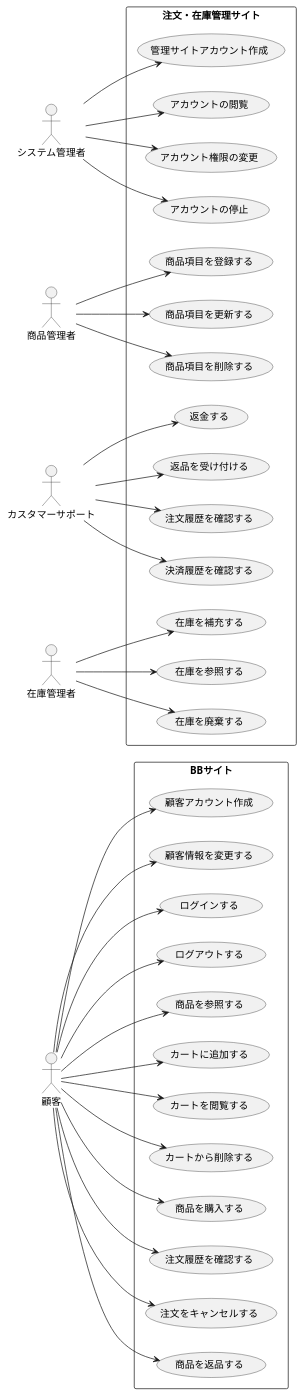
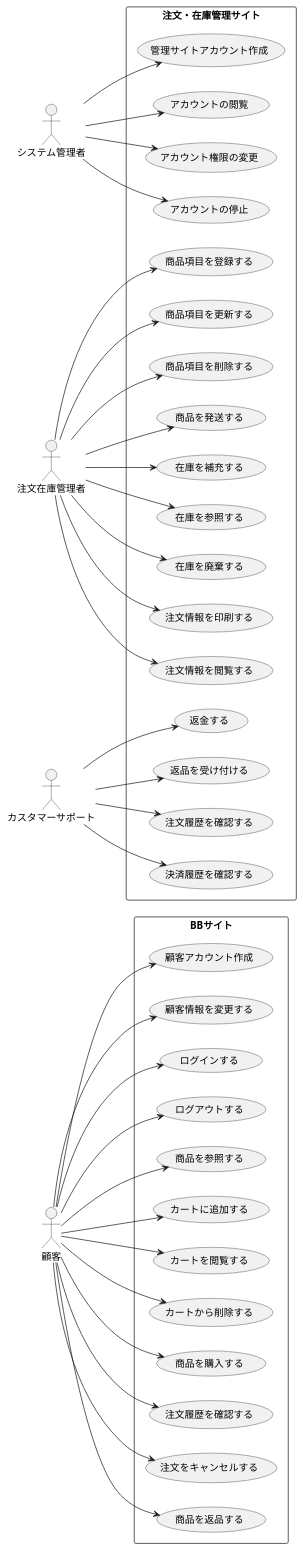
Before and after one commit to FujikawaHirono0520/group3_1_dogdog: the diagram in BB/usecase.pu, drawn with PlantUML.

Commit message:
【変更】注文在庫管理者の統合、注文情報項目の追加

```diff
--- a/BB/usecase.pu
+++ b/BB/usecase.pu
@@ -1,75 +1,79 @@
 @startuml BB注文管理システムユースケース図
 left to right direction
 actor 顧客 as U
 
 actor システム管理者 as M
 
-actor 商品管理者 as OM
+actor 注文在庫管理者 as SM
 
 actor カスタマーサポート as CS
-
-actor 在庫管理者 as SM
 
 rectangle BBサイト {
   usecase "顧客アカウント作成" as UC1
   usecase "顧客情報を変更する" as UC2
   usecase "ログインする" as UC3
   usecase "ログアウトする" as UC4
   usecase "商品を参照する" as UC5
   usecase "カートに追加する" as UC6
   usecase "カートを閲覧する" as UC7
   usecase "カートから削除する" as UC8
   usecase "商品を購入する" as UC9
   usecase "注文履歴を確認する" as UC10
   usecase "注文をキャンセルする" as UC11
   usecase "商品を返品する" as UC12
 }
 
 rectangle 注文・在庫管理サイト {
   usecase "管理サイトアカウント作成" as UC13
   usecase "アカウントの閲覧" as UC14
   usecase "アカウント権限の変更" as UC15
   usecase "アカウントの停止" as UC16
   usecase "商品項目を登録する" as UC17
   usecase "商品項目を更新する" as UC18
   usecase "商品項目を削除する" as UC19
-  usecase "返金する" as UC21
-  usecase "返品を受け付ける" as UC22
-  usecase "注文履歴を確認する" as UC23
-  usecase "決済履歴を確認する" as UC24
-  usecase "在庫を補充する" as UC25
-  usecase "在庫を参照する" as UC26
-  usecase "在庫を廃棄する" as UC27
+  usecase "商品を発送する" as UC20
+  usecase "在庫を補充する" as UC21
+  usecase "在庫を参照する" as UC22
+  usecase "在庫を廃棄する" as UC23
+  usecase "注文情報を印刷する" as UC24
+  usecase "注文情報を閲覧する" as UC25
+  usecase "返金する" as UC26
+  usecase "返品を受け付ける" as UC27
+  usecase "注文履歴を確認する" as UC28
+  usecase "決済履歴を確認する" as UC29
 }
 
 U --> UC1
 U --> UC2
 U --> UC3
 U --> UC4
 U --> UC5
 U --> UC6
 U --> UC7
 U --> UC8
 U --> UC9
 U --> UC10
 U --> UC11
 U --> UC12
 
 M --> UC13
 M --> UC14
 M --> UC15
 M --> UC16
 
-OM --> UC17
-OM --> UC18
-OM --> UC19
+SM --> UC17
+SM --> UC18
+SM --> UC19
+SM --> UC20
+SM --> UC21
+SM --> UC22
+SM --> UC23
+SM --> UC24
+SM --> UC25
 
-CS --> UC21
-CS --> UC22
-CS --> UC23
-CS --> UC24
+CS --> UC26
+CS --> UC27
+CS --> UC28
+CS --> UC29
 
-SM --> UC25
-SM --> UC26
-SM --> UC27
 @enduml
```
